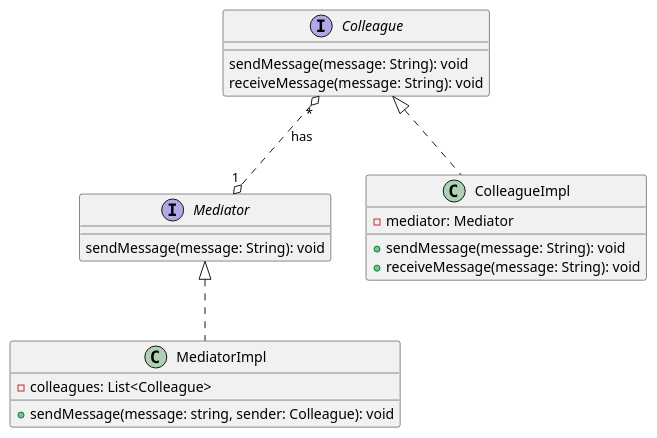
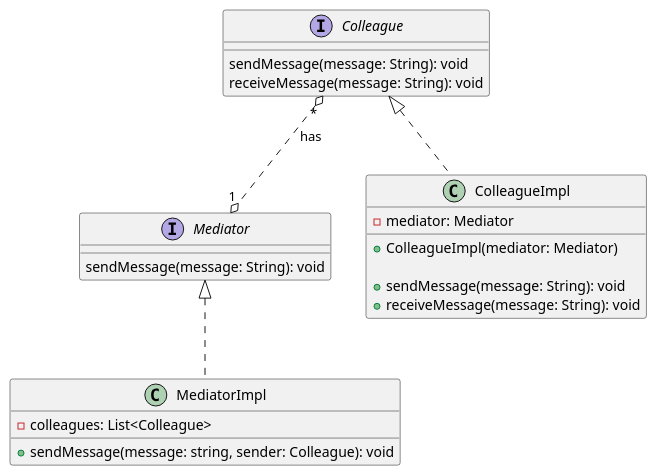
Before and after one commit to SanthoshGugan/design-patterns: the diagram in mediator/src/MediatorPatternClasssDiagramTemplate.puml, drawn with PlantUML.

Commit message:
Mediator: PR comment

```diff
--- a/mediator/src/MediatorPatternClasssDiagramTemplate.puml
+++ b/mediator/src/MediatorPatternClasssDiagramTemplate.puml
@@ -1,28 +1,30 @@
 @startuml
 'https://plantuml.com/class-diagram
 
 interface Mediator {
     sendMessage(message: String): void
 }
 
 class MediatorImpl implements Mediator{
     - colleagues: List<Colleague>
 
     + sendMessage(message: string, sender: Colleague): void
 }
 
 interface Colleague {
     sendMessage(message: String): void
     receiveMessage(message: String): void
 }
 
 class ColleagueImpl implements Colleague {
     - mediator: Mediator
 
+    + ColleagueImpl(mediator: Mediator)
+
     + sendMessage(message: String): void
     + receiveMessage(message: String): void
 }
 
 Colleague "*" o..o "1" Mediator: has
 
 @enduml
```
